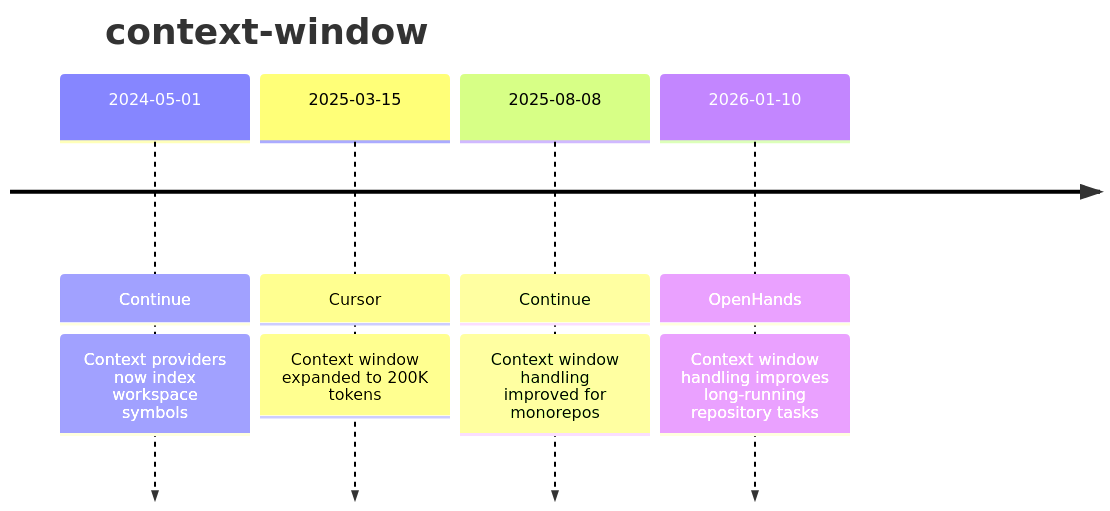
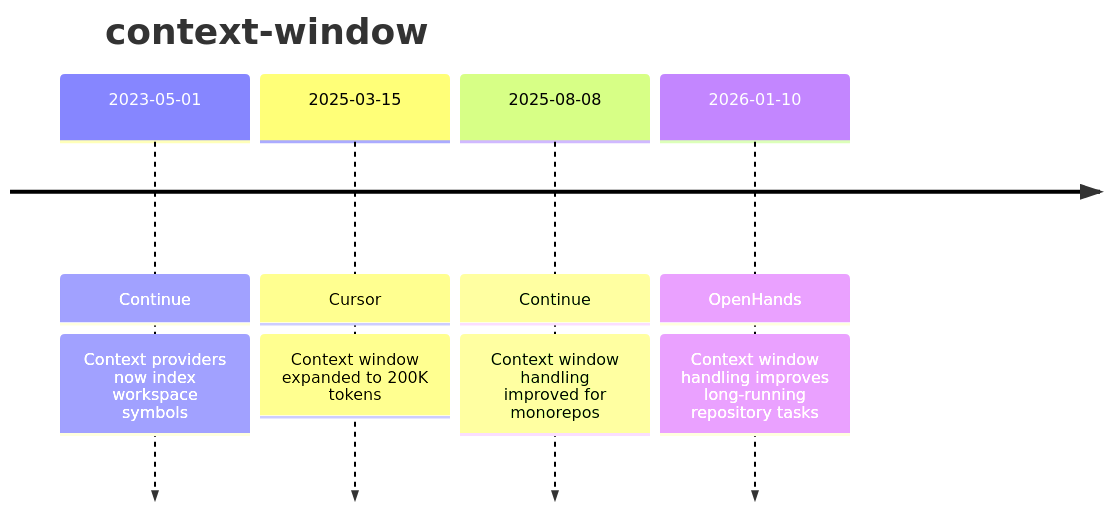
The diagram in Themes/context-window.md (Wang-Shuo/chronolog), drawn with Mermaid before and after one commit. The commit also changed other lines of this file and 37 other files, not shown here.

````diff
--- a/Themes/context-window.md
+++ b/Themes/context-window.md
@@ -18,8 +18,8 @@
 ```mermaid
 timeline
     title context-window
-    2024-05-01 : Continue : Context providers now index workspace symbols
+    2023-05-01 : Continue : Context providers now index workspace symbols
     2025-03-15 : Cursor : Context window expanded to 200K tokens
     2025-08-08 : Continue : Context window handling improved for monorepos
     2026-01-10 : OpenHands : Context window handling improves long-running repository tasks
 ```
````
